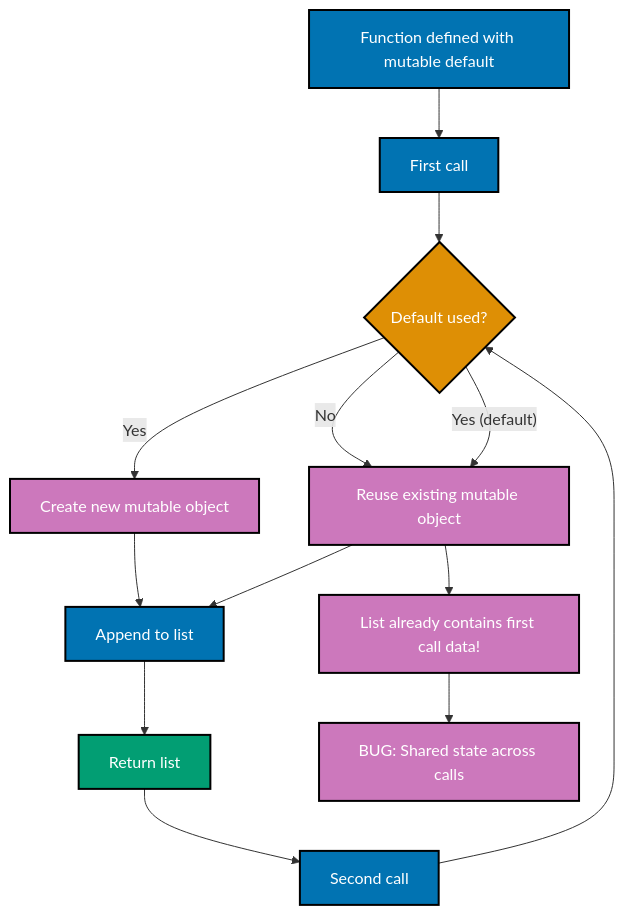
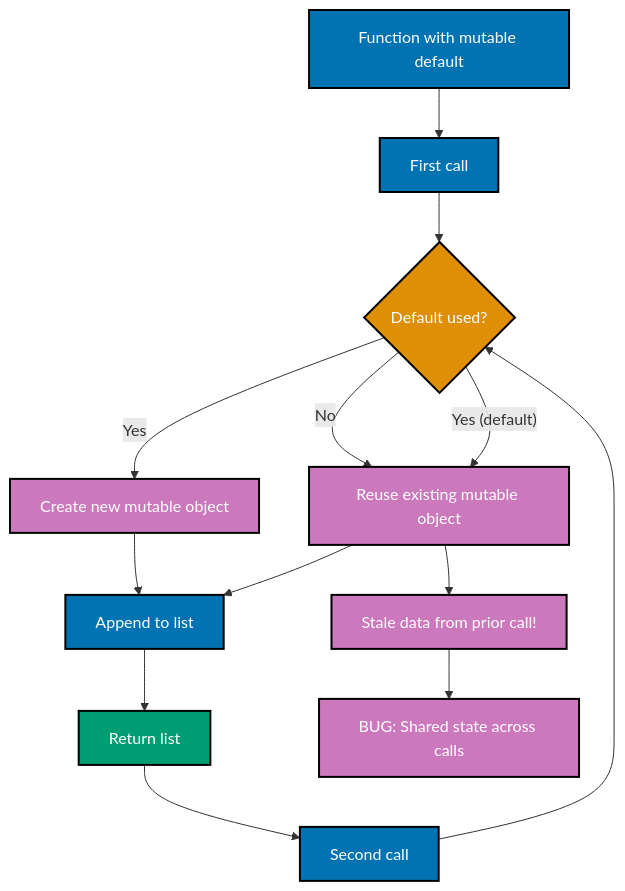
Before and after one commit to wahidyankf/ose-primer: the first of 6 diagrams in docs/explanation/software-engineering/programming-languages/python/anti-patterns.md, drawn with Mermaid. The commit also changed other lines of this file and 12 other files, not shown here.

Commit message:
fix(docs): fix mermaid violations in python/ docs (batch 2/10)

````diff
--- a/docs/explanation/software-engineering/programming-languages/python/anti-patterns.md
+++ b/docs/explanation/software-engineering/programming-languages/python/anti-patterns.md
@@ -803,32 +803,32 @@
 ```mermaid
 %% Color Palette: Blue #0173B2, Orange #DE8F05, Teal #029E73, Purple #CC78BC
 graph TD
-  A[Function defined with mutable default]:::blue
+  A[Function with mutable default]:::blue
   B[First call]:::blue
   C{Default used?}:::orange
   D[Create new mutable object]:::purple
   E[Reuse existing mutable object]:::purple
   F[Append to list]:::blue
   G[Return list]:::teal
   H[Second call]:::blue
-  I[List already contains first call data!]:::purple
+  I[Stale data from prior call!]:::purple
   J[BUG: Shared state across calls]:::purple
 
   A --> B
   B --> C
   C -->|Yes| D
   D --> F
   C -->|No| E
   E --> F
   F --> G
   G --> H
   H --> C
   C -->|Yes #40;default#41;| E
   E --> I
   I --> J
 
   classDef blue fill:#0173B2,stroke:#000000,color:#FFFFFF,stroke-width:2px
   classDef orange fill:#DE8F05,stroke:#000000,color:#FFFFFF,stroke-width:2px
   classDef teal fill:#029E73,stroke:#000000,color:#FFFFFF,stroke-width:2px
   classDef purple fill:#CC78BC,stroke:#000000,color:#FFFFFF,stroke-width:2px
 ```
````
